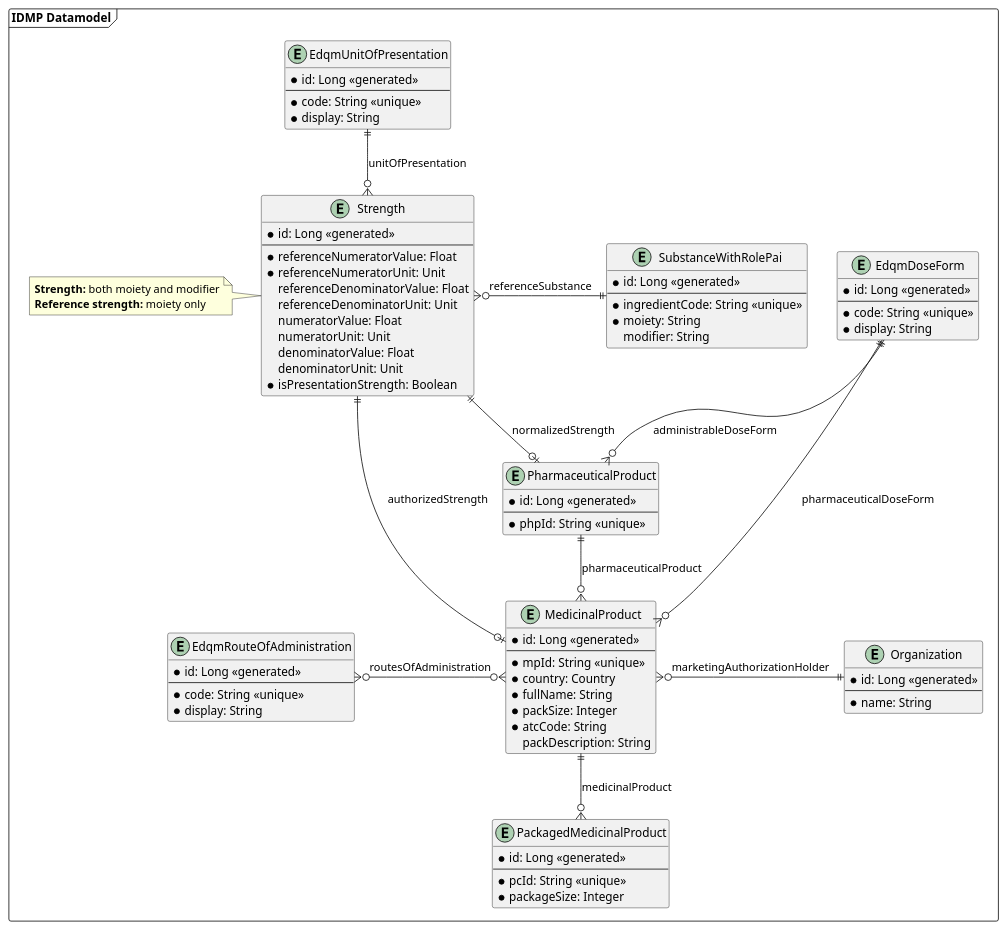
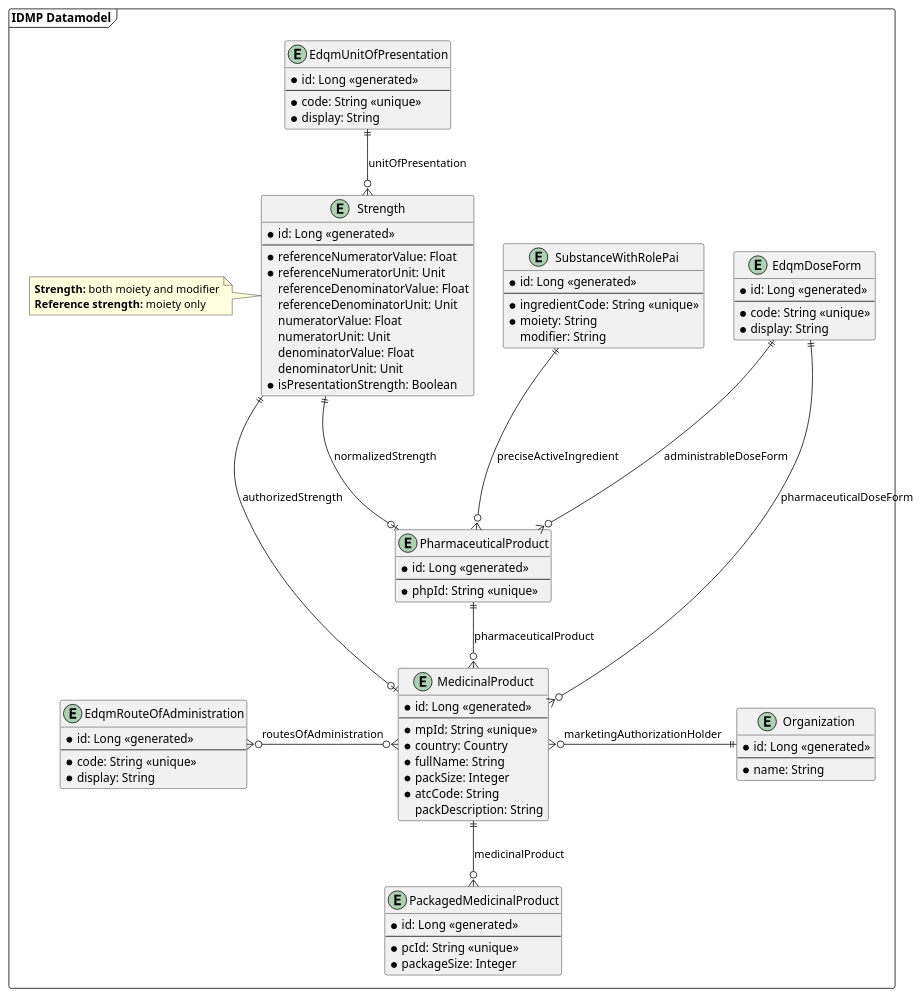
One commit to unicom-project-eu/wp6-db-api changed the diagram in uml/class/datamodel.puml. Above: the diagram before and after it, drawn with PlantUML. The commit also changed 4 other files, not shown here.

Commit message:
Use relationship between substance and pharmaceuticalproduct instead of strength and pharmaceuticalproduct

```diff
--- a/uml/class/datamodel.puml
+++ b/uml/class/datamodel.puml
@@ -1,100 +1,99 @@
 @startuml
 'https://plantuml.com/class-diagram
 
 package "IDMP Datamodel" as idmpDatamodel <<frame>> {
     entity EdqmRouteOfAdministration {
         * id: Long <<generated>>
         --
         * code: String <<unique>>
         * display: String
     }
 
     entity EdqmUnitOfPresentation {
         * id: Long <<generated>>
         --
         * code: String <<unique>>
         * display: String
     }
 
     together {
         entity EdqmDoseForm {
             * id: Long <<generated>>
             --
             * code: String <<unique>>
             * display: String
         }
 
         entity Strength {
             * id: Long <<generated>>
             --
             * referenceNumeratorValue: Float
             * referenceNumeratorUnit: Unit
             referenceDenominatorValue: Float
             referenceDenominatorUnit: Unit
             numeratorValue: Float
             numeratorUnit: Unit
             denominatorValue: Float
             denominatorUnit: Unit
             * isPresentationStrength: Boolean
         }
 
         entity SubstanceWithRolePai {
             * id: Long <<generated>>
             --
             * ingredientCode: String <<unique>>
             * moiety: String
             modifier: String
         }
 
         note left of Strength {
                     **Strength:** both moiety and modifier
                     **Reference strength:** moiety only
                 }
     }
 
     entity PharmaceuticalProduct {
         * id: Long <<generated>>
         --
         * phpId: String <<unique>>
     }
 
     entity MedicinalProduct {
         * id: Long <<generated>>
         --
         * mpId: String <<unique>>
         * country: Country
         * fullName: String
         * packSize: Integer
         * atcCode: String
         packDescription: String
     }
 
     entity PackagedMedicinalProduct {
         * id: Long <<generated>>
         --
         * pcId: String <<unique>>
         * packageSize: Integer
     }
 
     entity Organization {
         * id: Long <<generated>>
         --
         * name: String
     }
 
-    EdqmDoseForm ||--o{ PharmaceuticalProduct : administrableDoseForm
-    Strength ||--o| PharmaceuticalProduct : normalizedStrength
+    SubstanceWithRolePai ||---o{ PharmaceuticalProduct : preciseActiveIngredient
+    EdqmDoseForm ||---o{ PharmaceuticalProduct : administrableDoseForm
+    Strength ||---o| PharmaceuticalProduct : normalizedStrength
 
     PharmaceuticalProduct ||--o{ MedicinalProduct : pharmaceuticalProduct
 
     MedicinalProduct ||--o{ PackagedMedicinalProduct : medicinalProduct
     MedicinalProduct }o--|| EdqmDoseForm : pharmaceuticalDoseForm
     MedicinalProduct |o--|| Strength : authorizedStrength
     EdqmRouteOfAdministration }o-o{ MedicinalProduct : routesOfAdministration
     EdqmUnitOfPresentation ||--o{ Strength: unitOfPresentation
 
     MedicinalProduct }o-|| Organization : marketingAuthorizationHolder
-
-    Strength }o-|| SubstanceWithRolePai : referenceSubstance
 }
 @enduml
```
